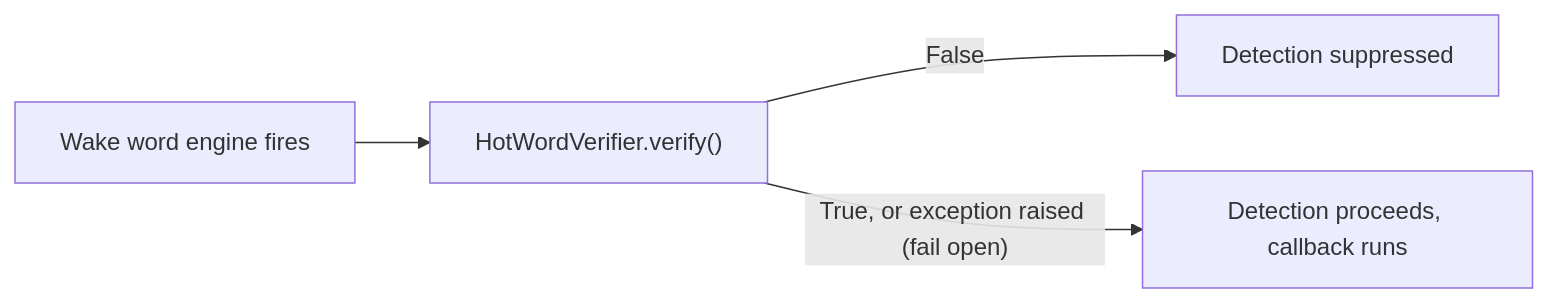
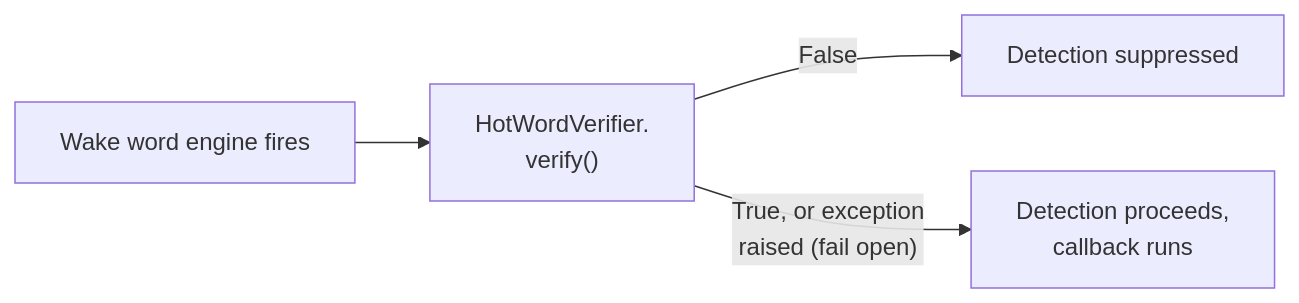
The second of 2 diagrams in docs/wake-word-plugins.md (OpenVoiceOS/beta-technical-manual), drawn with Mermaid before and after one commit. The commit also changed other lines of this file and 19 other files, not shown here.

First line of the commit message:
docs: fit diagrams to the content column; arena live URL

````diff
--- a/docs/wake-word-plugins.md
+++ b/docs/wake-word-plugins.md
@@ -170,6 +170,6 @@
 ```mermaid
 flowchart LR
-    A[Wake word engine fires] --> B["HotWordVerifier.verify()"]
+    A[Wake word engine fires] --> B["HotWordVerifier.<br/>verify()"]
     B -->|"False"| C[Detection suppressed]
-    B -->|"True, or exception raised (fail open)"| D[Detection proceeds, callback runs]
+    B -->|"True, or exception<br/>raised (fail open)"| D["Detection proceeds,<br/>callback runs"]
 ```
````
